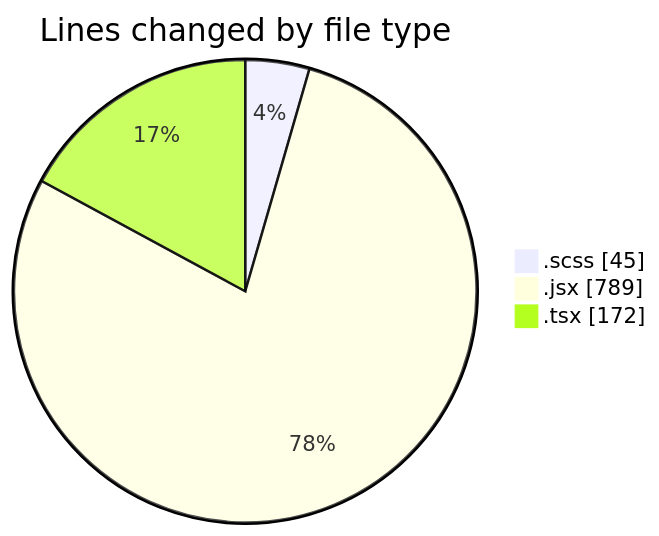
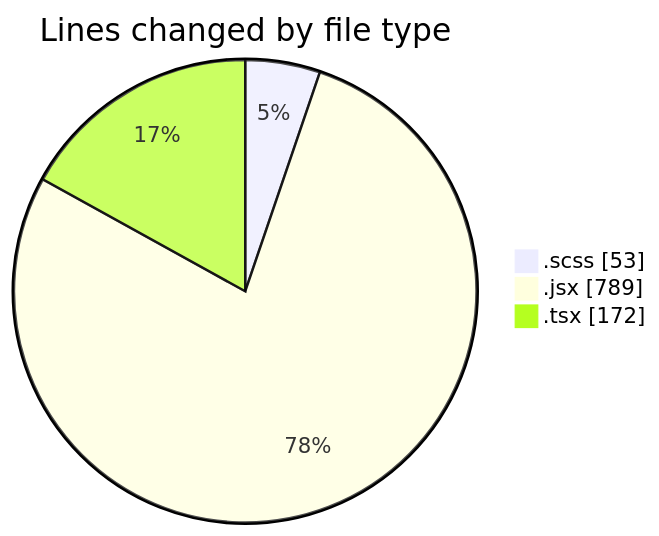
Before and after one commit to momahboobian/code-tracking: the first of 2 diagrams in 2025-06-03/cda/README.md, drawn with Mermaid. The commit also changed other lines of this file and 1 other file, not shown here.

````diff
--- a/2025-06-03/cda/README.md
+++ b/2025-06-03/cda/README.md
@@ -23,7 +23,7 @@
 ```mermaid
 pie showData
 title Lines changed by file type
-".scss" : 45
+".scss" : 53
 ".jsx" : 789
 ".tsx" : 172
 ```
````
